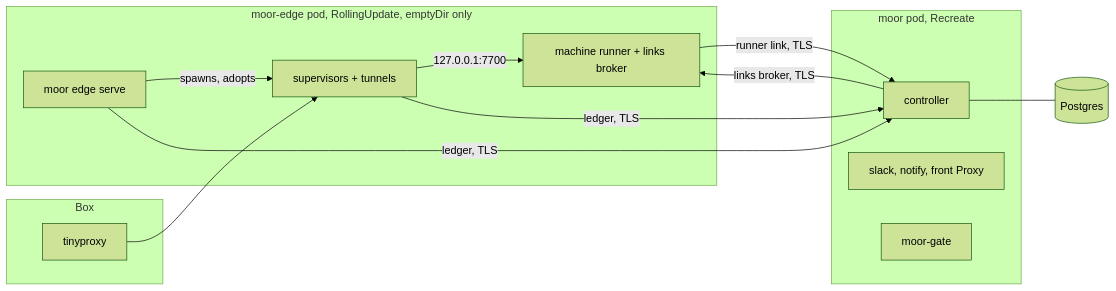
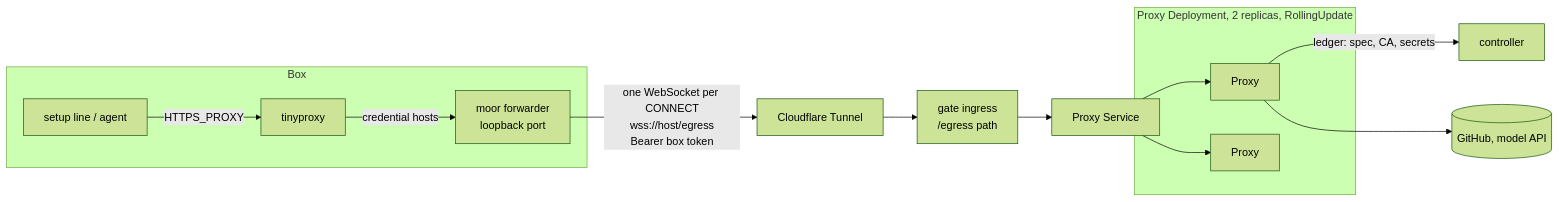
One commit to IniZio/moor changed the second of 4 diagrams in docs/specs/deploy-invisible-boxes.md. Above: the diagram before and after it, drawn with Mermaid (forest theme). The commit also changed other lines of this file, not shown here.

Commit message:
docs(specs): serve every Box from one shared, stateless Proxy

````diff
--- a/docs/specs/deploy-invisible-boxes.md
+++ b/docs/specs/deploy-invisible-boxes.md
@@ -89,25 +70,18 @@
 ```mermaid
 flowchart LR
   subgraph Box
-    tiny[tinyproxy]
+    tool[setup line / agent] -->|HTTPS_PROXY| tiny[tinyproxy]
+    tiny -->|credential hosts| fwd[moor forwarder<br/>loopback port]
   end
-  subgraph edge[moor-edge pod, RollingUpdate, emptyDir only]
-    es[moor edge serve]
-    sup[supervisors + tunnels]
-    run[machine runner + links broker]
-    es -->|spawns, adopts| sup
+  fwd -->|one WebSocket per CONNECT<br/>wss://host/egress<br/>Bearer box token| cf[Cloudflare Tunnel]
+  cf --> gate[gate ingress<br/>/egress path]
+  gate --> svc[Proxy Service]
+  subgraph proxy[Proxy Deployment, 2 replicas, RollingUpdate]
+    p1[Proxy]
+    p2[Proxy]
   end
-  subgraph ctlpod[moor pod, Recreate]
-    ctl[controller]
-    fronts[slack, notify, front Proxy]
-    gate[moor-gate]
-  end
-  pg[(Postgres)]
-  tiny --> sup
-  sup -->|127.0.0.1:7700| run
-  sup -->|ledger, TLS| ctl
-  es -->|ledger, TLS| ctl
-  run -->|runner link, TLS| ctl
-  ctl -->|links broker, TLS| run
-  ctl --- pg
+  svc --> p1
+  svc --> p2
+  p1 -->|ledger: spec, CA, secrets| ctl[controller]
+  p1 --> upstream[(GitHub, model API)]
 ```
````
